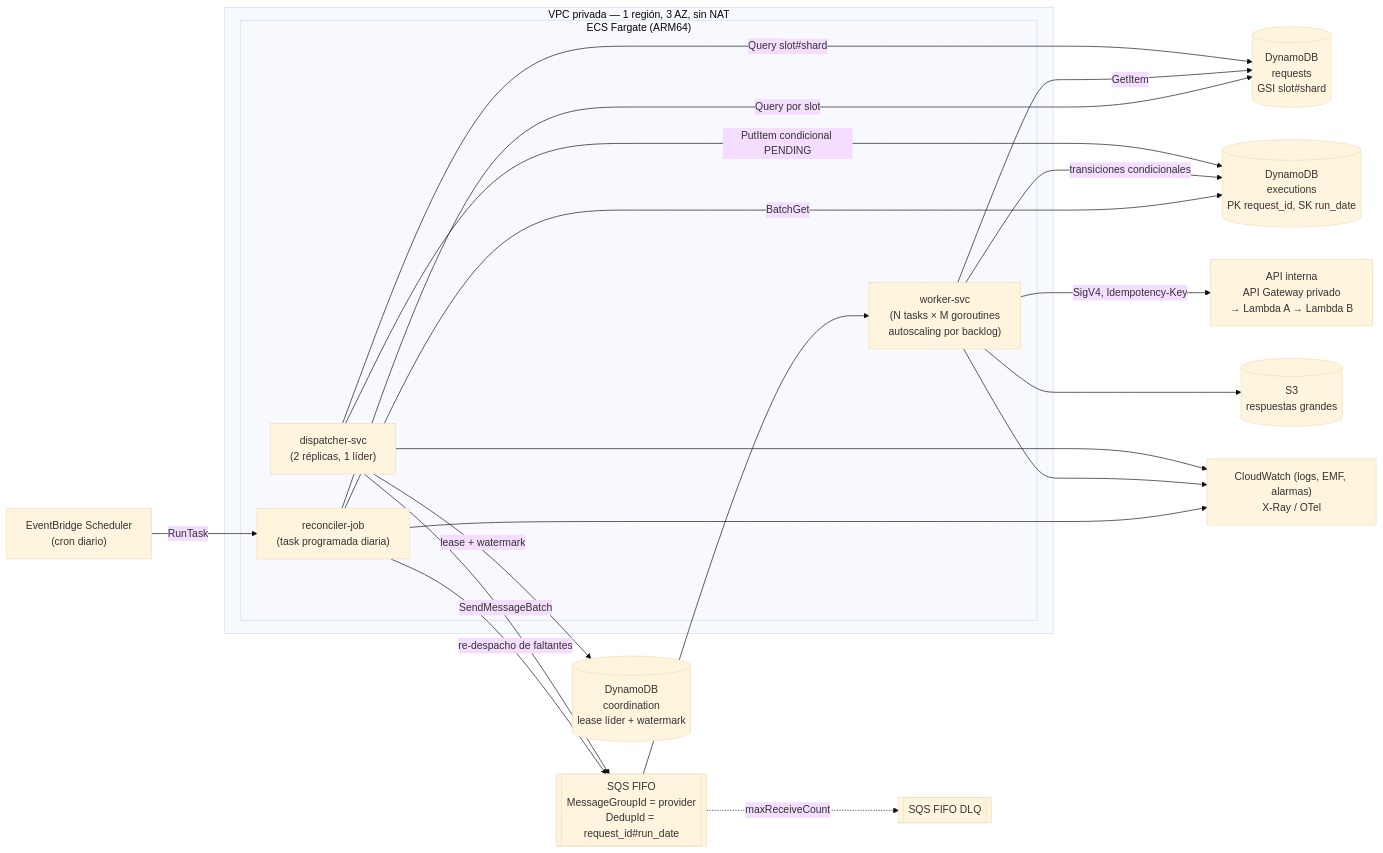
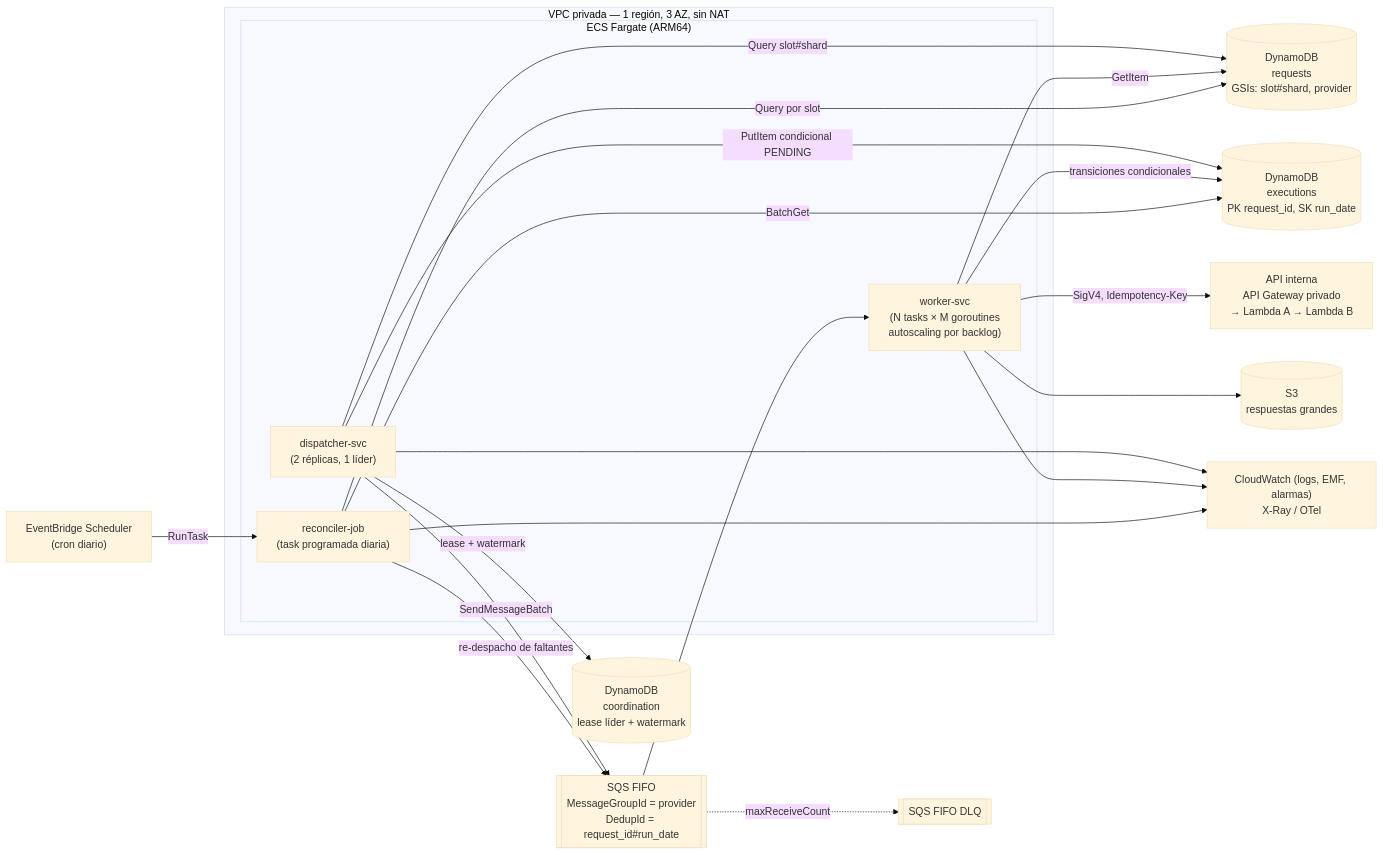
The first of 2 diagrams in docs/architecture.md (MartinMGomezVega/tapi-challenge), drawn with Mermaid (base theme) before and after one commit. The commit also changed other lines of this file and 4 other files, not shown here.

Commit message:
docs(specs): replace backfill scan with gsi_provider streaming and coordination registry (FR-004b)

````diff
--- a/docs/architecture.md
+++ b/docs/architecture.md
@@ -19,36 +19,36 @@
 ```mermaid
 flowchart LR
     subgraph VPC["VPC privada — 1 región, 3 AZ, sin NAT"]
         subgraph ECS["ECS Fargate (ARM64)"]
             D["dispatcher-svc<br/>(2 réplicas, 1 líder)"]
             W["worker-svc<br/>(N tasks × M goroutines<br/>autoscaling por backlog)"]
             R["reconciler-job<br/>(task programada diaria)"]
         end
     end
 
     EBS["EventBridge Scheduler<br/>(cron diario)"] -->|RunTask| R
 
-    REQ[("DynamoDB<br/>requests<br/>GSI slot#shard")]
+    REQ[("DynamoDB<br/>requests<br/>GSIs: slot#shard, provider")]
     EXE[("DynamoDB<br/>executions<br/>PK request_id, SK run_date")]
     COORD[("DynamoDB<br/>coordination<br/>lease líder + watermark")]
     Q[["SQS FIFO<br/>MessageGroupId = provider<br/>DedupId = request_id#run_date"]]
     DLQ[["SQS FIFO DLQ"]]
     S3[("S3<br/>respuestas grandes")]
     API["API interna<br/>API Gateway privado<br/>→ Lambda A → Lambda B"]
     OBS["CloudWatch (logs, EMF, alarmas)<br/>X-Ray / OTel"]
 
     D -->|lease + watermark| COORD
     D -->|Query slot#shard| REQ
     D -->|PutItem condicional PENDING| EXE
     D -->|SendMessageBatch| Q
     Q --> W
     Q -.->|maxReceiveCount| DLQ
     W -->|GetItem| REQ
     W -->|transiciones condicionales| EXE
     W -->|SigV4, Idempotency-Key| API
     W --> S3
     R -->|Query por slot| REQ
     R -->|BatchGet| EXE
     R -->|re-despacho de faltantes| Q
     D & W & R --> OBS
 ```
````
